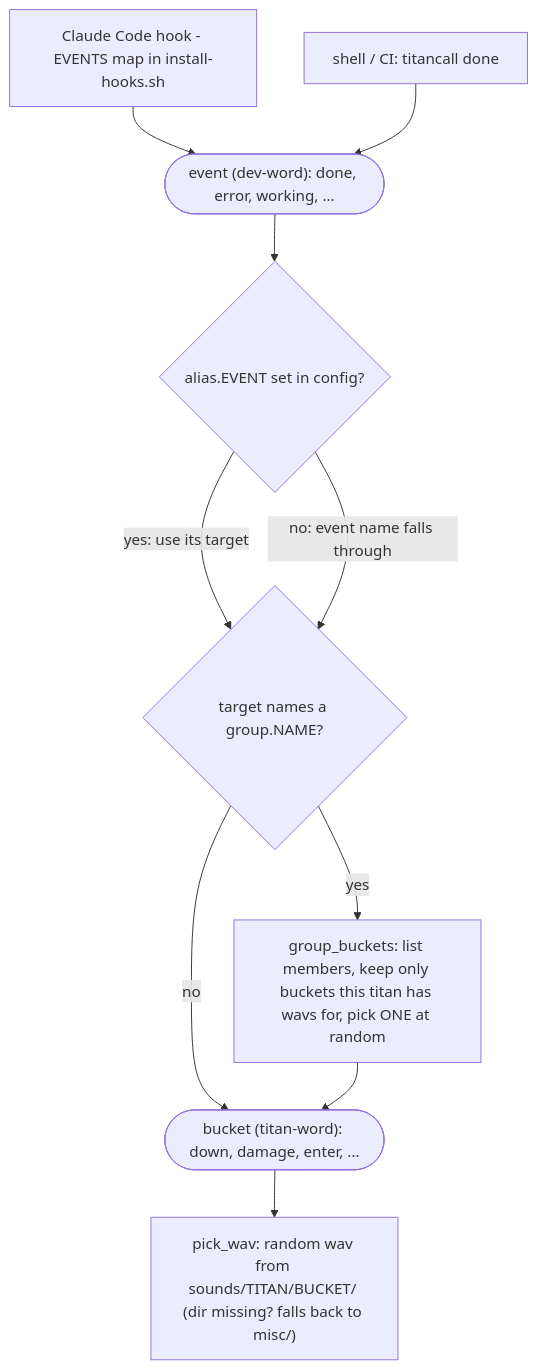
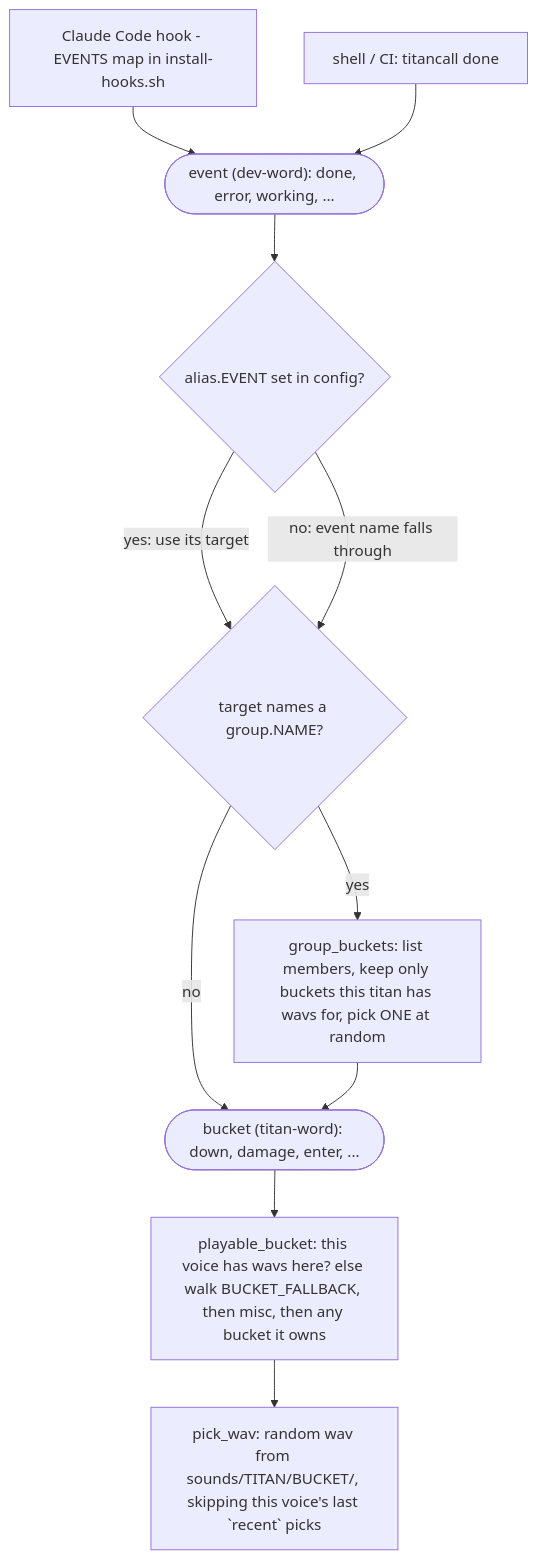
Before and after one commit to MadnessEngineering/Titancall: the first of 6 diagrams in docs/routing.md, drawn with Mermaid. The commit also changed other lines of this file and 1 other file, not shown here.

First line of the commit message:
titancall: docs — the two guards between bucket and sound, and why EVENTS is load-bearing

````diff
--- a/docs/routing.md
+++ b/docs/routing.md
@@ -17,14 +18,15 @@
 ```mermaid
 flowchart TD
     HK["Claude Code hook - EVENTS map in install-hooks.sh"] --> EV
     SH["shell / CI: titancall done"] --> EV
     EV(["event (dev-word): done, error, working, ..."])
     EV --> AL{"alias.EVENT set in config?"}
     AL -- "yes: use its target" --> TG
     AL -- "no: event name falls through" --> TG
     TG{"target names a group.NAME?"}
     TG -- yes --> GB["group_buckets: list members, keep only buckets this titan has wavs for, pick ONE at random"]
     TG -- no --> BK
     GB --> BK(["bucket (titan-word): down, damage, enter, ..."])
-    BK --> PW["pick_wav: random wav from sounds/TITAN/BUCKET/ (dir missing? falls back to misc/)"]
+    BK --> PB["playable_bucket: this voice has wavs here? else walk BUCKET_FALLBACK, then misc, then any bucket it owns"]
+    PB --> PW["pick_wav: random wav from sounds/TITAN/BUCKET/, skipping this voice's last `recent` picks"]
 ```
````
